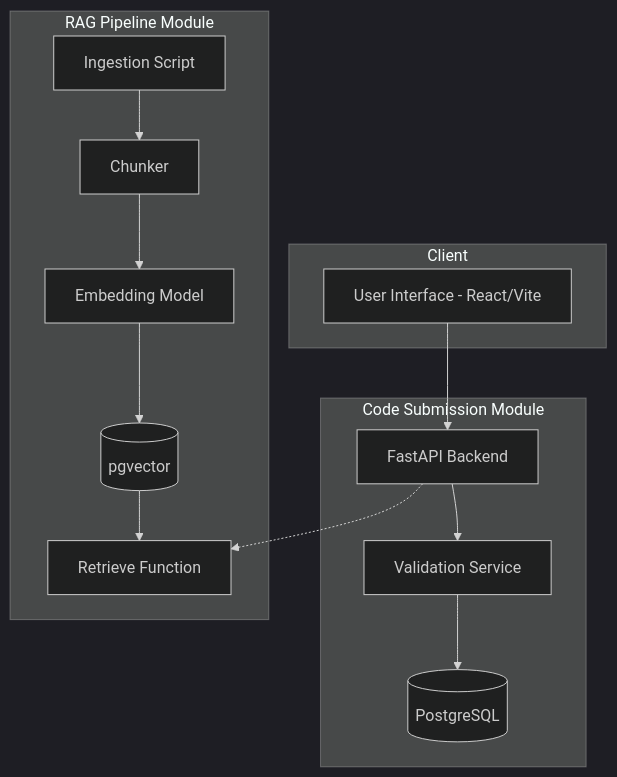
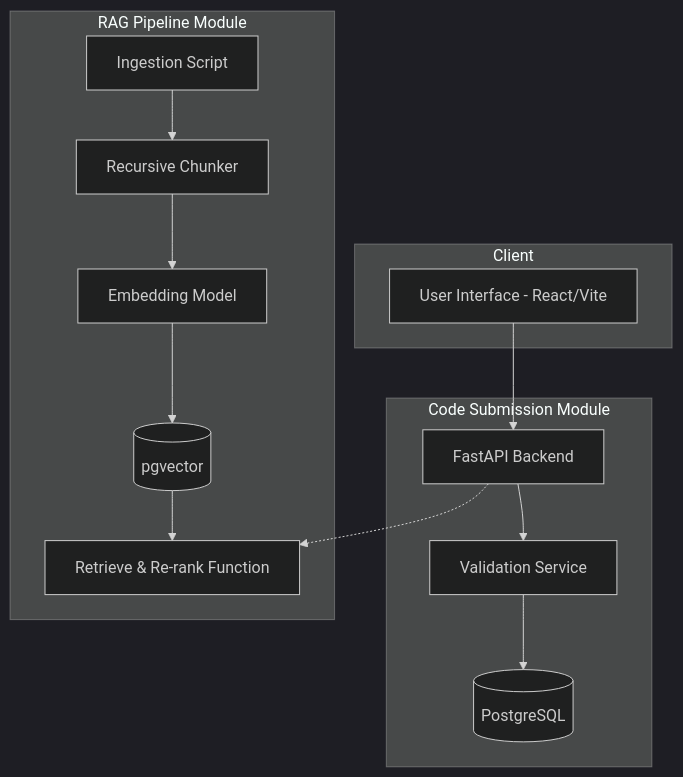
Before and after one commit to Mugunthan-127/AI-Code-Review-Security-Analysis-Agent: the diagram in README.md, drawn with Mermaid (dark theme). The commit also changed other lines of this file and 7 other files, not shown here.

````diff
--- a/README.md
+++ b/README.md
@@ -26,24 +26,24 @@
 ```mermaid
 graph TD
     subgraph Client
         UI[User Interface - React/Vite]
     end
 
     subgraph "Code Submission Module"
         API[FastAPI Backend]
         API --> V[Validation Service]
         V --> DB[(PostgreSQL)]
     end
 
     subgraph "RAG Pipeline Module"
         Ingest[Ingestion Script]
-        Ingest --> Chunk[Chunker]
+        Ingest --> Chunk[Recursive Chunker]
         Chunk --> Embed[Embedding Model]
         Embed --> PG[(pgvector)]
-        Retrieve[Retrieve Function]
+        Retrieve[Retrieve & Re-rank Function]
         PG --> Retrieve
     end
 
     UI --> API
     API -.-> Retrieve
 ```
````
